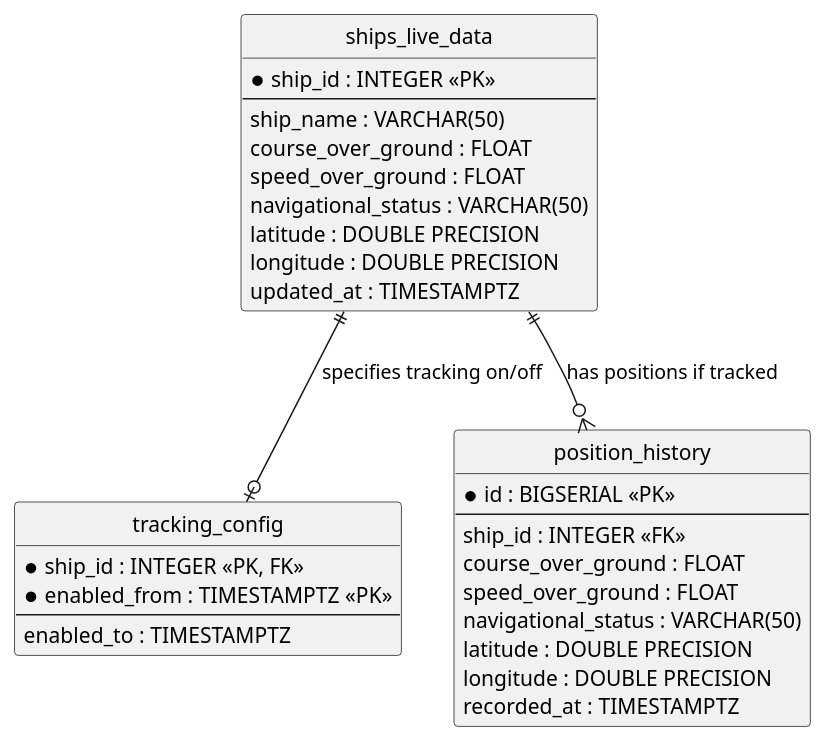
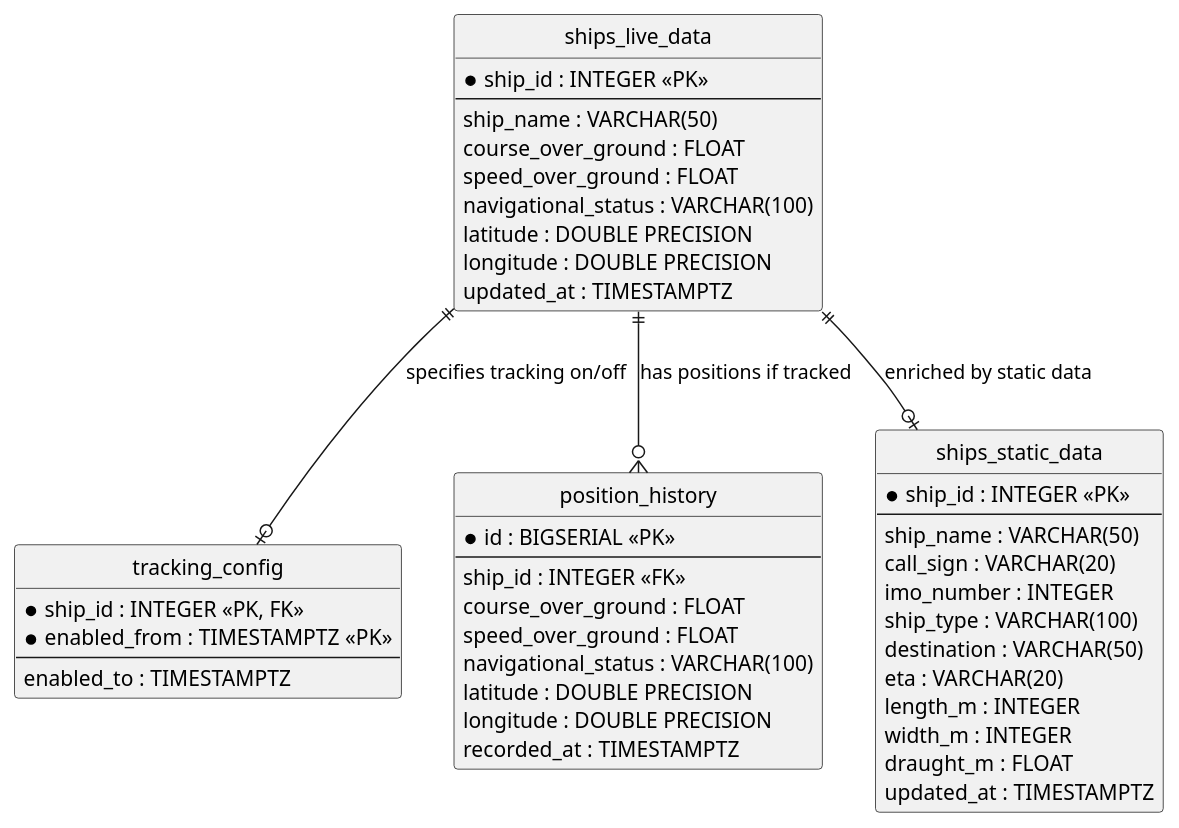
Before and after one commit to thjunge11/aisstream-ship-tracker: the diagram in docs/edr.puml, drawn with PlantUML. The commit also changed 2 other files, not shown here.

Commit message:
data model update

```diff
--- a/docs/edr.puml
+++ b/docs/edr.puml
@@ -1,38 +1,54 @@
 @startuml
 hide circle
 
 entity "ships_live_data" as ships {
     * ship_id : INTEGER <<PK>>
     --
     ship_name : VARCHAR(50)
     course_over_ground : FLOAT
     speed_over_ground : FLOAT
-    navigational_status : VARCHAR(50)
+    navigational_status : VARCHAR(100)
     latitude : DOUBLE PRECISION
     longitude : DOUBLE PRECISION
     updated_at : TIMESTAMPTZ
 }
 
 entity "tracking_config" as config {
     * ship_id : INTEGER <<PK, FK>>
     * enabled_from : TIMESTAMPTZ <<PK>>
     --
     enabled_to : TIMESTAMPTZ
 }
 
 entity "position_history" as history {
     * id : BIGSERIAL <<PK>>
     --
     ship_id : INTEGER <<FK>>
     course_over_ground : FLOAT
     speed_over_ground : FLOAT
-    navigational_status : VARCHAR(50)
+    navigational_status : VARCHAR(100)
     latitude : DOUBLE PRECISION
     longitude : DOUBLE PRECISION
     recorded_at : TIMESTAMPTZ
 }
 
+entity "ships_static_data" as static {
+    * ship_id : INTEGER <<PK>>
+    --
+    ship_name : VARCHAR(50)
+    call_sign : VARCHAR(20)
+    imo_number : INTEGER
+    ship_type : VARCHAR(100)
+    destination : VARCHAR(50)
+    eta : VARCHAR(20)
+    length_m : INTEGER
+    width_m : INTEGER
+    draught_m : FLOAT
+    updated_at : TIMESTAMPTZ
+}
+
 ships ||--o| config : "specifies tracking on/off"
 ships ||--o{ history : "has positions if tracked"
+ships ||--o| static : "enriched by static data"
 
 @enduml
```
